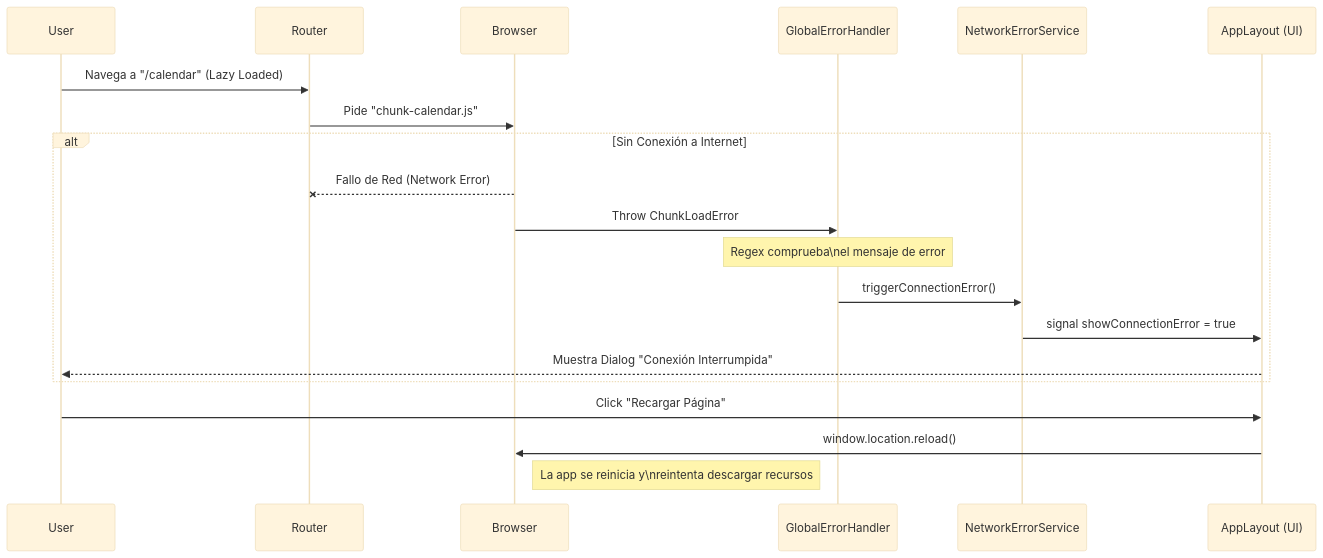
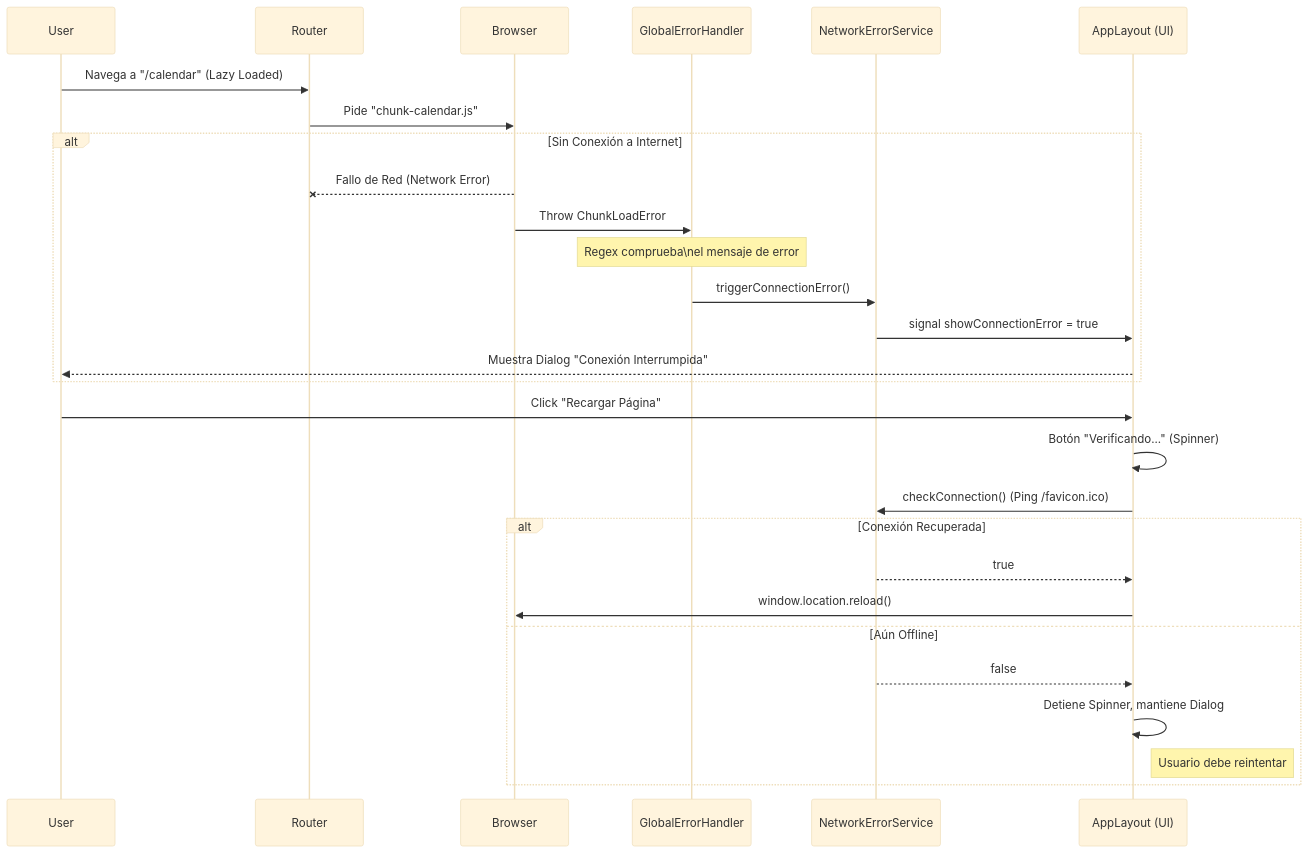
One commit to henrytaby/an-uyuni-frontend changed the diagram in docs/NETWORK_RESILIENCE.md. Above: the diagram before and after it, drawn with Mermaid (base theme). The commit also changed other lines of this file and 3 other files, not shown here.

````diff
--- a/docs/NETWORK_RESILIENCE.md
+++ b/docs/NETWORK_RESILIENCE.md
@@ -57,28 +58,37 @@
 ```mermaid
 sequenceDiagram
     participant User
     participant Router
     participant Browser
     participant ErrorHandler as GlobalErrorHandler
     participant Service as NetworkErrorService
     participant Layout as AppLayout (UI)
 
     User->>Router: Navega a "/calendar" (Lazy Loaded)
     Router->>Browser: Pide "chunk-calendar.js"
     
     alt Sin Conexión a Internet
         Browser--xRouter: Fallo de Red (Network Error)
         Browser->>ErrorHandler: Throw ChunkLoadError
         
         Note over ErrorHandler: Regex comprueba\nel mensaje de error
         
         ErrorHandler->>Service: triggerConnectionError()
         Service->>Layout: signal showConnectionError = true
         
         Layout-->>User: Muestra Dialog "Conexión Interrumpida"
     end
     
     User->>Layout: Click "Recargar Página"
-    Layout->>Browser: window.location.reload()
-    Note right of Browser: La app se reinicia y\nreintenta descargar recursos
+    Layout->>Layout: Botón "Verificando..." (Spinner)
+    Layout->>Service: checkConnection() (Ping /favicon.ico)
+    
+    alt Conexión Recuperada
+        Service-->>Layout: true
+        Layout->>Browser: window.location.reload()
+    else Aún Offline
+        Service-->>Layout: false
+        Layout->>Layout: Detiene Spinner, mantiene Dialog
+        Note right of Layout: Usuario debe reintentar
+    end
 ```
````
